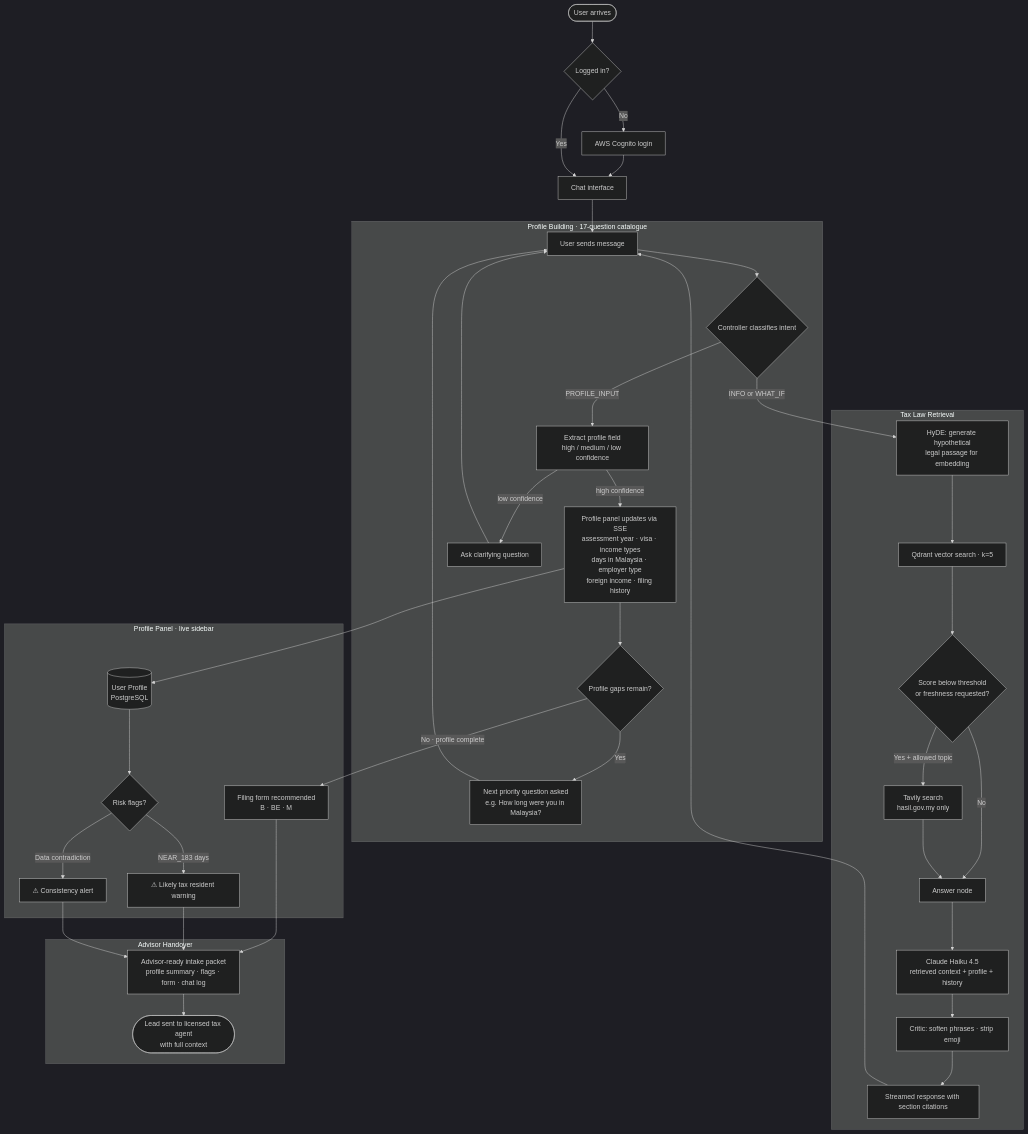
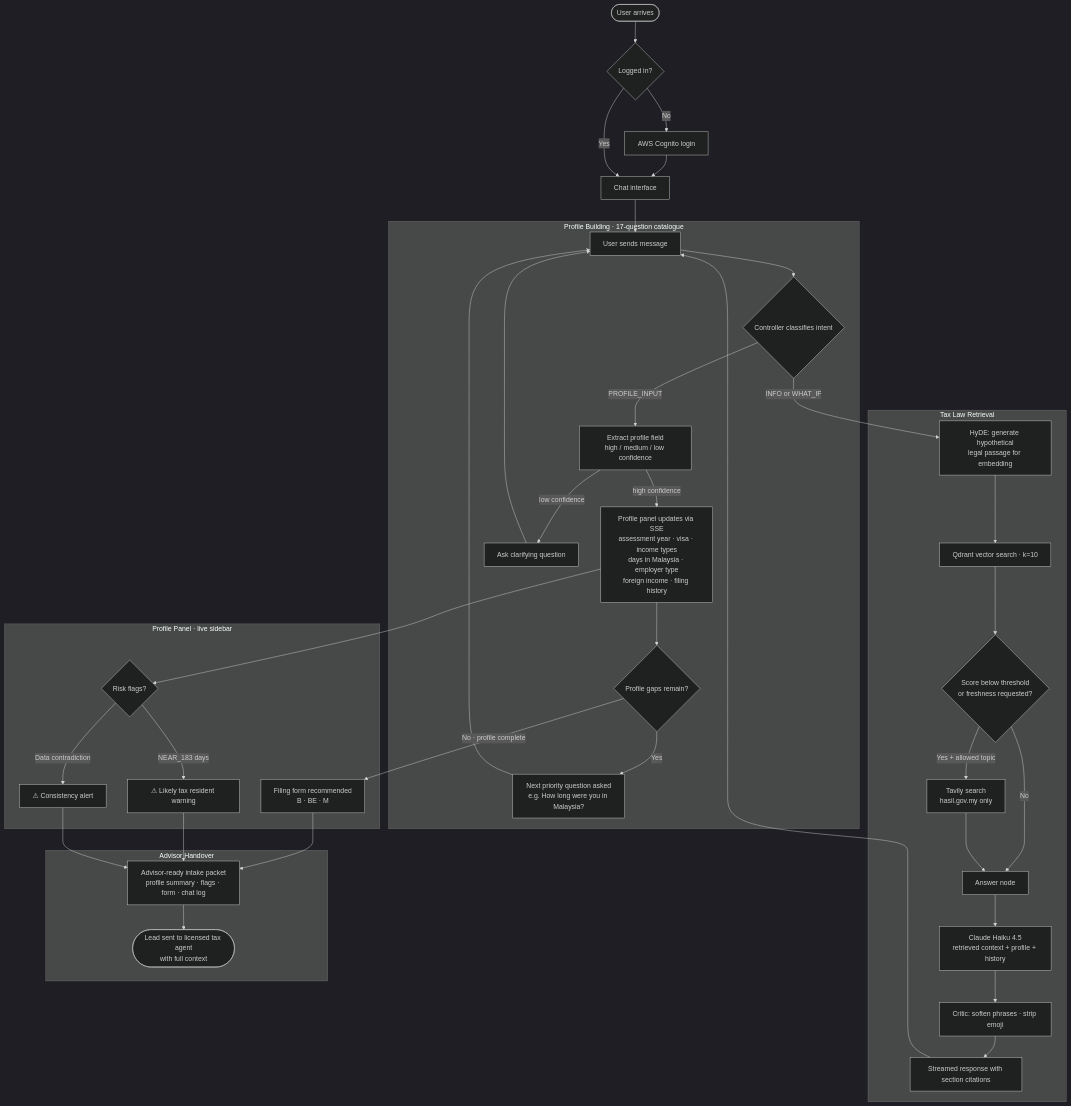
One commit to VDaugTemp/Ledger- changed the diagram in README.md. Above: the diagram before and after it, drawn with Mermaid (dark theme). The commit also changed other lines of this file and 4 other files, not shown here.

````diff
--- a/README.md
+++ b/README.md
@@ -31,48 +31,47 @@
 ```mermaid
 flowchart TD
     A([User arrives]) --> B{Logged in?}
     B -- No --> C[AWS Cognito login]
     C --> D[Chat interface]
     B -- Yes --> D
 
     D --> E[User sends message]
     E --> F{Controller classifies intent}
 
     subgraph ONBOARDING [Profile Building · 17-question catalogue]
         F -- PROFILE_INPUT --> G[Extract profile field\nhigh / medium / low confidence]
         G -- high confidence --> H[Profile panel updates via SSE\nassessment year · visa · income types\ndays in Malaysia · employer type\nforeign income · filing history]
         G -- low confidence --> I[Ask clarifying question]
         I --> E
         H --> J{Profile gaps remain?}
         J -- Yes --> K[Next priority question asked\ne.g. How long were you in Malaysia?]
         K --> E
     end
 
     subgraph RETRIEVAL [Tax Law Retrieval]
         F -- INFO or WHAT_IF --> L[HyDE: generate hypothetical\nlegal passage for embedding]
-        L --> M[Qdrant vector search · k=5]
+        L --> M[Qdrant vector search · k=10]
         M --> N{Score below threshold\nor freshness requested?}
         N -- Yes + allowed topic --> O[Tavily search\nhasil.gov.my only]
         N -- No --> P[Answer node]
         O --> P
         P --> Q[Claude Haiku 4.5\nretrieved context + profile + history]
         Q --> R[Critic: soften phrases · strip emoji]
         R --> S[Streamed response with section citations]
         S --> E
     end
 
     subgraph PROFILE [Profile Panel · live sidebar]
-        H --> PF[(User Profile\nPostgreSQL)]
-        PF --> FL{Risk flags?}
+        H --> FL{Risk flags?}
         FL -- NEAR_183 days --> V1[⚠ Likely tax resident warning]
         FL -- Data contradiction --> V2[⚠ Consistency alert]
         J -- No · profile complete --> T[Filing form recommended\nB · BE · M]
     end
 
     subgraph HANDOVER [Advisor Handover]
         T --> W[Advisor-ready intake packet\nprofile summary · flags · form · chat log]
         V1 --> W
         V2 --> W
         W --> X([Lead sent to licensed tax agent\nwith full context])
     end
 ```
````
